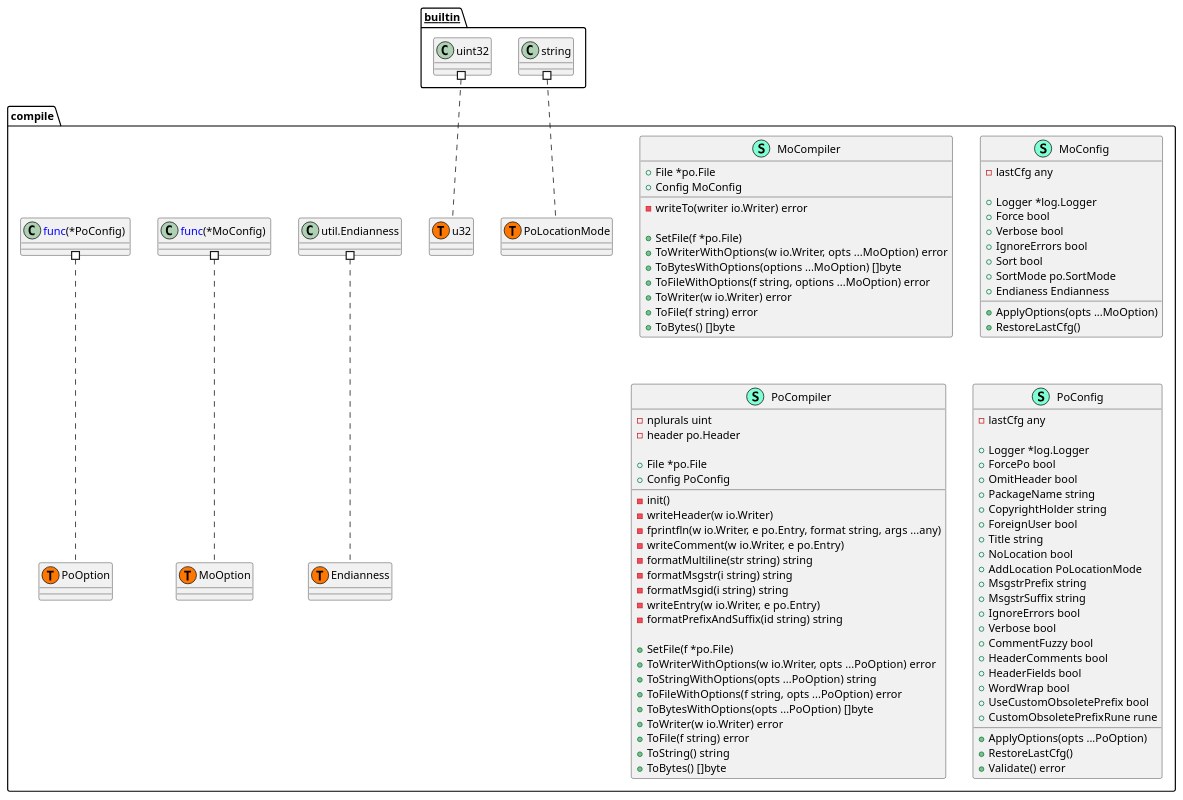
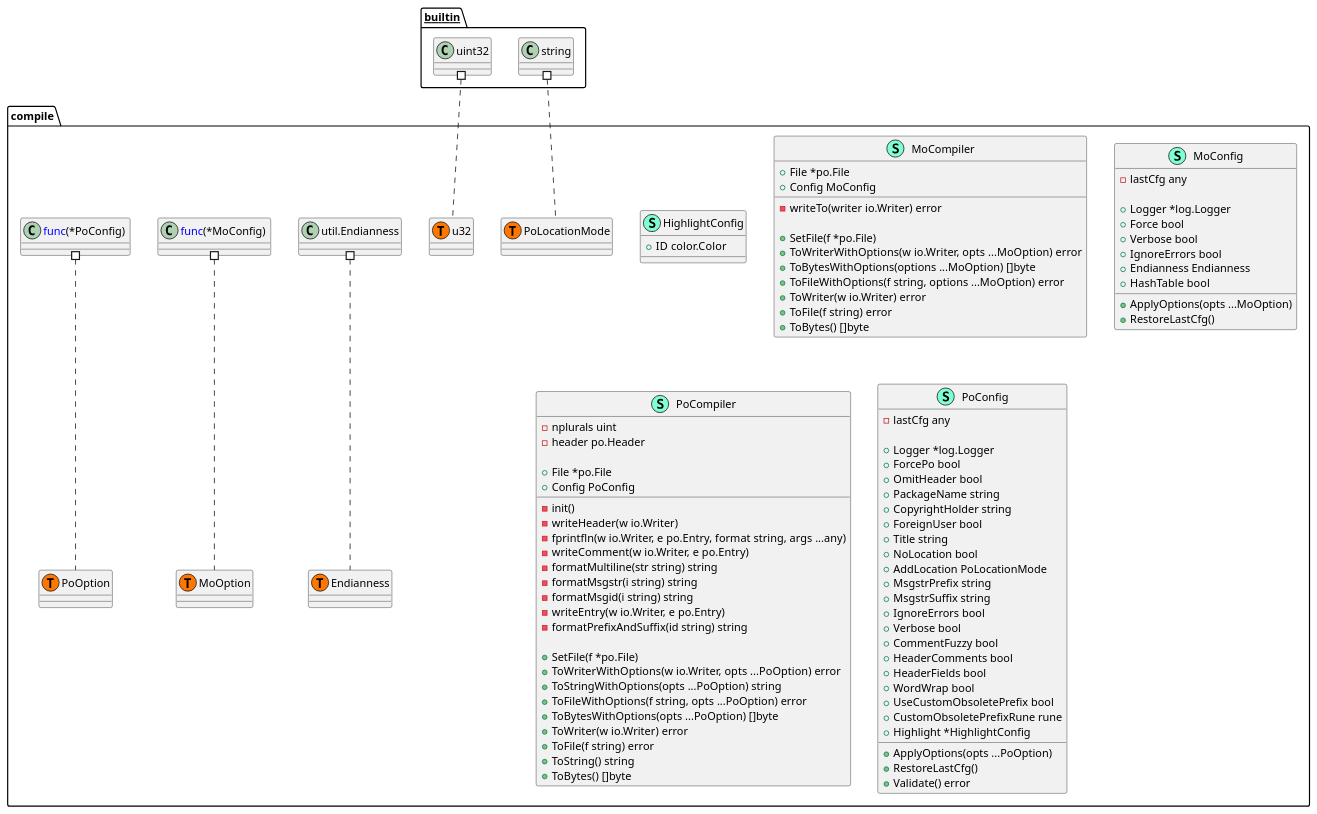
Before and after one commit to Tom5521/gotext-tools: the diagram in pkg/po/compile/structure.puml, drawn with PlantUML. The commit also changed 5 other files, not shown here.

```diff
--- a/pkg/po/compile/structure.puml
+++ b/pkg/po/compile/structure.puml
@@ -1,110 +1,114 @@
 @startuml
 namespace compile {
+    class HighlightConfig << (S,Aquamarine) >> {
+        + ID color.Color
+
+    }
     class MoCompiler << (S,Aquamarine) >> {
         + File *po.File
         + Config MoConfig
 
         - writeTo(writer io.Writer) error
 
         + SetFile(f *po.File) 
         + ToWriterWithOptions(w io.Writer, opts ...MoOption) error
         + ToBytesWithOptions(options ...MoOption) []byte
         + ToFileWithOptions(f string, options ...MoOption) error
         + ToWriter(w io.Writer) error
         + ToFile(f string) error
         + ToBytes() []byte
 
     }
     class MoConfig << (S,Aquamarine) >> {
         - lastCfg any
 
         + Logger *log.Logger
         + Force bool
         + Verbose bool
         + IgnoreErrors bool
-        + Sort bool
-        + SortMode po.SortMode
-        + Endianess Endianness
+        + Endianness Endianness
+        + HashTable bool
 
         + ApplyOptions(opts ...MoOption) 
         + RestoreLastCfg() 
 
     }
     class PoCompiler << (S,Aquamarine) >> {
         - nplurals uint
         - header po.Header
 
         + File *po.File
         + Config PoConfig
 
         - init() 
         - writeHeader(w io.Writer) 
         - fprintfln(w io.Writer, e po.Entry, format string, args ...any) 
         - writeComment(w io.Writer, e po.Entry) 
         - formatMultiline(str string) string
         - formatMsgstr(i string) string
         - formatMsgid(i string) string
         - writeEntry(w io.Writer, e po.Entry) 
         - formatPrefixAndSuffix(id string) string
 
         + SetFile(f *po.File) 
         + ToWriterWithOptions(w io.Writer, opts ...PoOption) error
         + ToStringWithOptions(opts ...PoOption) string
         + ToFileWithOptions(f string, opts ...PoOption) error
         + ToBytesWithOptions(opts ...PoOption) []byte
         + ToWriter(w io.Writer) error
         + ToFile(f string) error
         + ToString() string
         + ToBytes() []byte
 
     }
     class PoConfig << (S,Aquamarine) >> {
         - lastCfg any
 
         + Logger *log.Logger
         + ForcePo bool
         + OmitHeader bool
         + PackageName string
         + CopyrightHolder string
         + ForeignUser bool
         + Title string
         + NoLocation bool
         + AddLocation PoLocationMode
         + MsgstrPrefix string
         + MsgstrSuffix string
         + IgnoreErrors bool
         + Verbose bool
         + CommentFuzzy bool
         + HeaderComments bool
         + HeaderFields bool
         + WordWrap bool
         + UseCustomObsoletePrefix bool
         + CustomObsoletePrefixRune rune
+        + Highlight *HighlightConfig
 
         + ApplyOptions(opts ...PoOption) 
         + RestoreLastCfg() 
         + Validate() error
 
     }
     class compile.Endianness << (T, #FF7700) >>  {
     }
     class compile.MoOption << (T, #FF7700) >>  {
     }
     class compile.PoLocationMode << (T, #FF7700) >>  {
     }
     class compile.PoOption << (T, #FF7700) >>  {
     }
     class compile.u32 << (T, #FF7700) >>  {
     }
     class "util.Endianness" as utilEndianness {
         'This class was created so that we can correctly have an alias pointing to this name. Since it contains dots that can break namespaces
     }
 }
 
 
 "__builtin__.string" #.. "compile.PoLocationMode"
 "__builtin__.uint32" #.. "compile.u32"
 "compile.<font color=blue>func</font>(*MoConfig) " #.. "compile.MoOption"
 "compile.<font color=blue>func</font>(*PoConfig) " #.. "compile.PoOption"
 "compile.utilEndianness" #.. "compile.Endianness"
 @enduml
```
